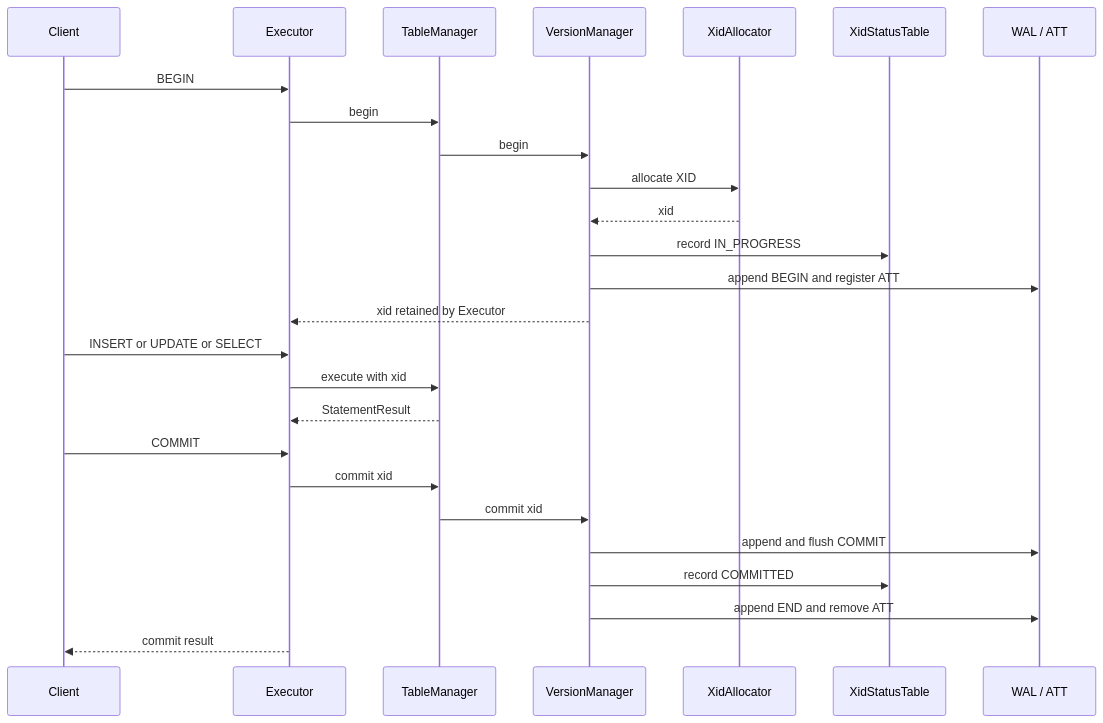
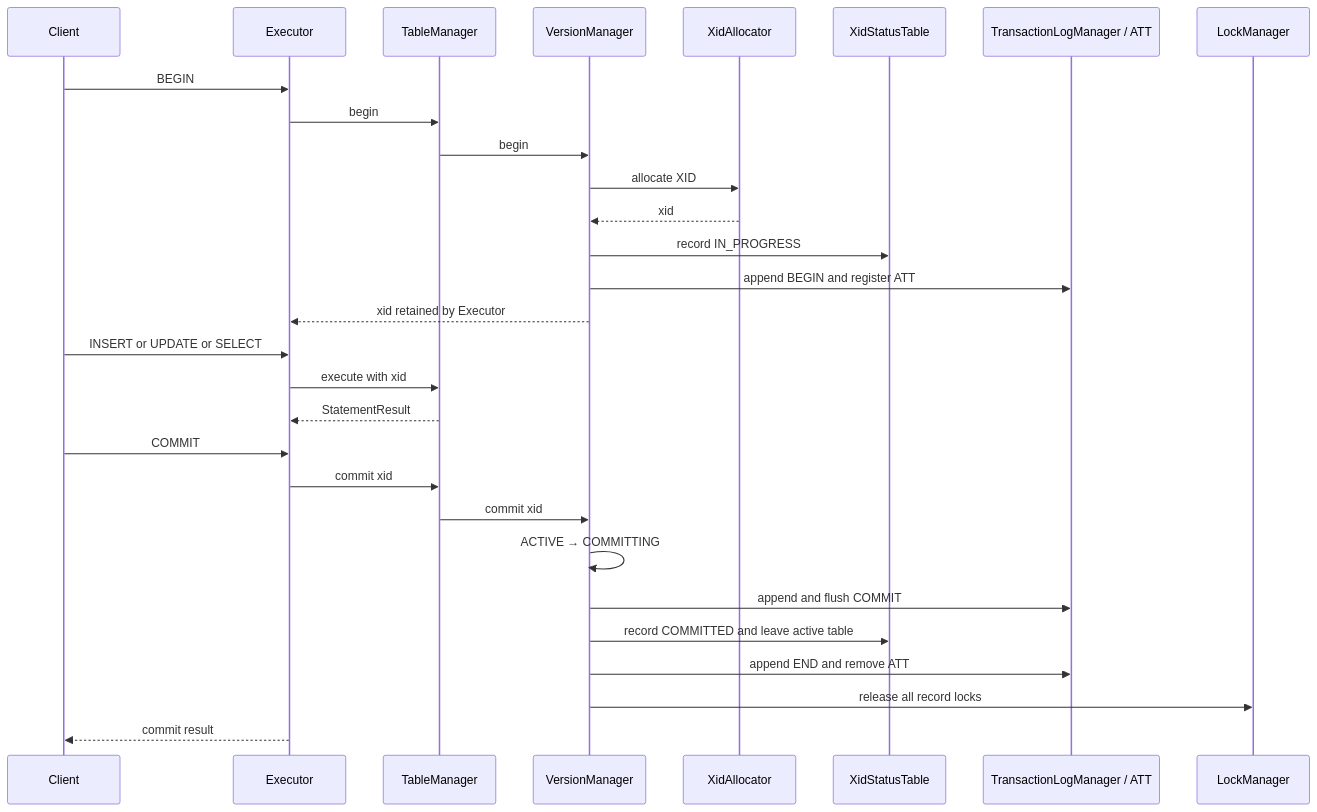
The third of 8 diagrams in docs/architecture/06-runtime.md (SarekCuimian/minisql), drawn with Mermaid before and after one commit. The commit also changed other lines of this file and 29 other files, not shown here.

````diff
--- a/docs/architecture/06-runtime.md
+++ b/docs/architecture/06-runtime.md
@@ -57,29 +60,32 @@
 ```mermaid
 sequenceDiagram
     participant C as Client
     participant E as Executor
     participant T as TableManager
     participant V as VersionManager
     participant A as XidAllocator
     participant X as XidStatusTable
-    participant W as WAL / ATT
+    participant W as TransactionLogManager / ATT
+    participant L as LockManager
 
     C->>E: BEGIN
     E->>T: begin
     T->>V: begin
     V->>A: allocate XID
     A-->>V: xid
     V->>X: record IN_PROGRESS
     V->>W: append BEGIN and register ATT
     V-->>E: xid retained by Executor
     C->>E: INSERT or UPDATE or SELECT
     E->>T: execute with xid
     T-->>E: StatementResult
     C->>E: COMMIT
     E->>T: commit xid
     T->>V: commit xid
+    V->>V: ACTIVE → COMMITTING
     V->>W: append and flush COMMIT
-    V->>X: record COMMITTED
+    V->>X: record COMMITTED and leave active table
     V->>W: append END and remove ATT
+    V->>L: release all record locks
     E-->>C: commit result
 ```
````
